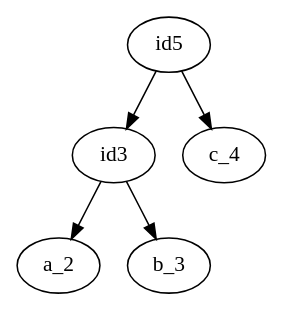
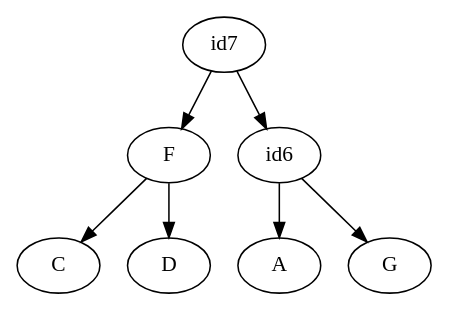
The diagram in ParsingTxt/Launcher/upload.dot (iharnoor/PhylogeneticsWebsite), drawn with Graphviz before and after one commit. The commit also changed 17 other files, not shown here.

```diff
--- a/ParsingTxt/Launcher/upload.dot
+++ b/ParsingTxt/Launcher/upload.dot
@@ -1,6 +1,8 @@
 digraph G {
-id3 ->  a_2
-id3 ->  b_3
-id5 ->  id3
-id5 ->  c_4
+F ->  C
+F ->  D
+id7 ->  F
+id6 ->  A
+id6 ->  G
+id7 ->  id6
 }
```
